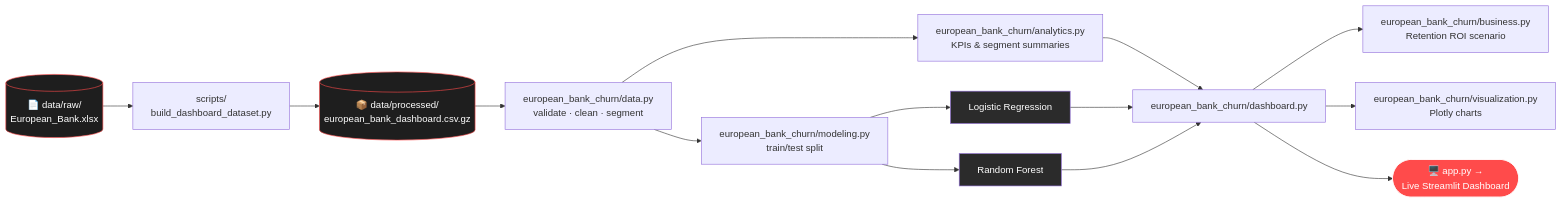
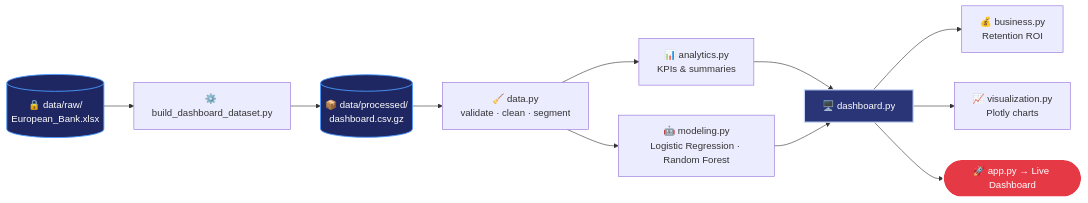
One commit to iqra-insights/churnsight-eu-banking changed the diagram in docs/architecture.md. Above: the diagram before and after it, drawn with Mermaid.

Commit message:
Revise architecture diagram and styles
Updated architecture diagram to reflect changes in data processing and visualization steps.

````diff
--- a/docs/architecture.md
+++ b/docs/architecture.md
@@ -10,22 +10,18 @@
 ```mermaid
 flowchart LR
-    A[("📄 data/raw/<br>European_Bank.xlsx")] --> B["scripts/<br>build_dashboard_dataset.py"]
-    B --> C[("📦 data/processed/<br>european_bank_dashboard.csv.gz")]
-    C --> D["european_bank_churn/data.py<br>validate · clean · segment"]
-    D --> E["european_bank_churn/analytics.py<br>KPIs & segment summaries"]
-    D --> F["european_bank_churn/modeling.py<br>train/test split"]
-    F --> G["Logistic Regression"]
-    F --> H["Random Forest"]
-    E --> I["european_bank_churn/dashboard.py"]
-    G --> I
-    H --> I
-    I --> J["european_bank_churn/business.py<br>Retention ROI scenario"]
-    I --> K["european_bank_churn/visualization.py<br>Plotly charts"]
-    I --> L(["🖥️ app.py →<br>Live Streamlit Dashboard"])
+    A[("🔒 data/raw/<br>European_Bank.xlsx")] --> B["⚙️ build_dashboard_dataset.py"]
+    B --> C[("📦 data/processed/<br>dashboard.csv.gz")]
+    C --> D["🧹 data.py<br>validate · clean · segment"]
+    D --> E["📊 analytics.py<br>KPIs & summaries"]
+    D --> F["🤖 modeling.py<br>Logistic Regression · Random Forest"]
+    E --> G["🖥️ dashboard.py"]
+    F --> G
+    G --> H["💰 business.py<br>Retention ROI"]
+    G --> I["📈 visualization.py<br>Plotly charts"]
+    G --> J(["🚀 app.py → Live Dashboard"])
 
-    style A fill:#1E1E1E,color:#fff,stroke:#FF4B4B
-    style C fill:#1E1E1E,color:#fff,stroke:#FF4B4B
-    style L fill:#FF4B4B,color:#fff,stroke:#fff
-    style G fill:#2B2B2B,color:#fff
-    style H fill:#2B2B2B,color:#fff
+    style A fill:#1E2761,color:#fff,stroke:#4C9AFF,stroke-width:1.5px
+    style C fill:#1E2761,color:#fff,stroke:#4C9AFF,stroke-width:1.5px
+    style J fill:#E63946,color:#fff,stroke:#fff,stroke-width:2px
+    style G fill:#2A3578,color:#fff,stroke:#CADCFC,stroke-width:2px
 ```
````
